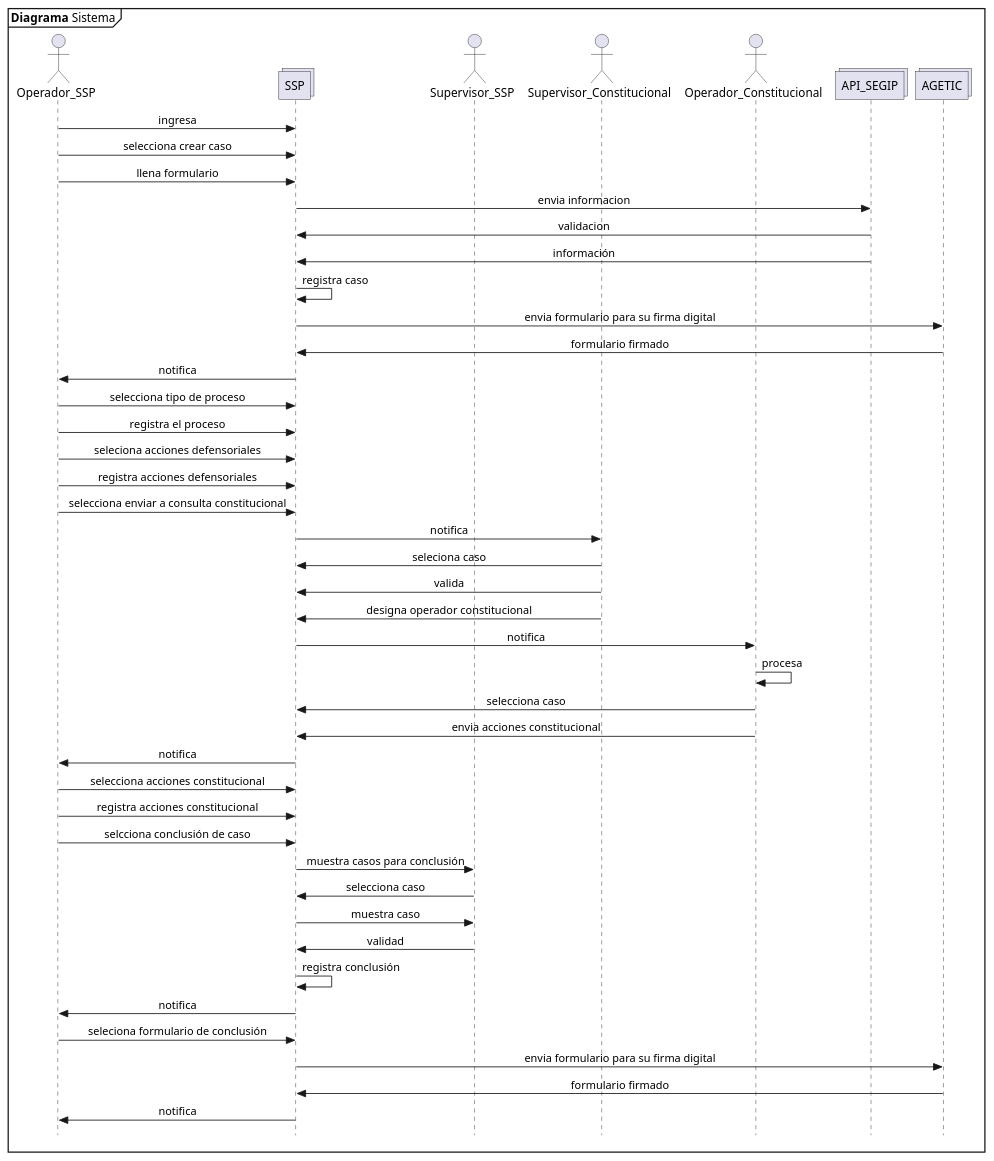
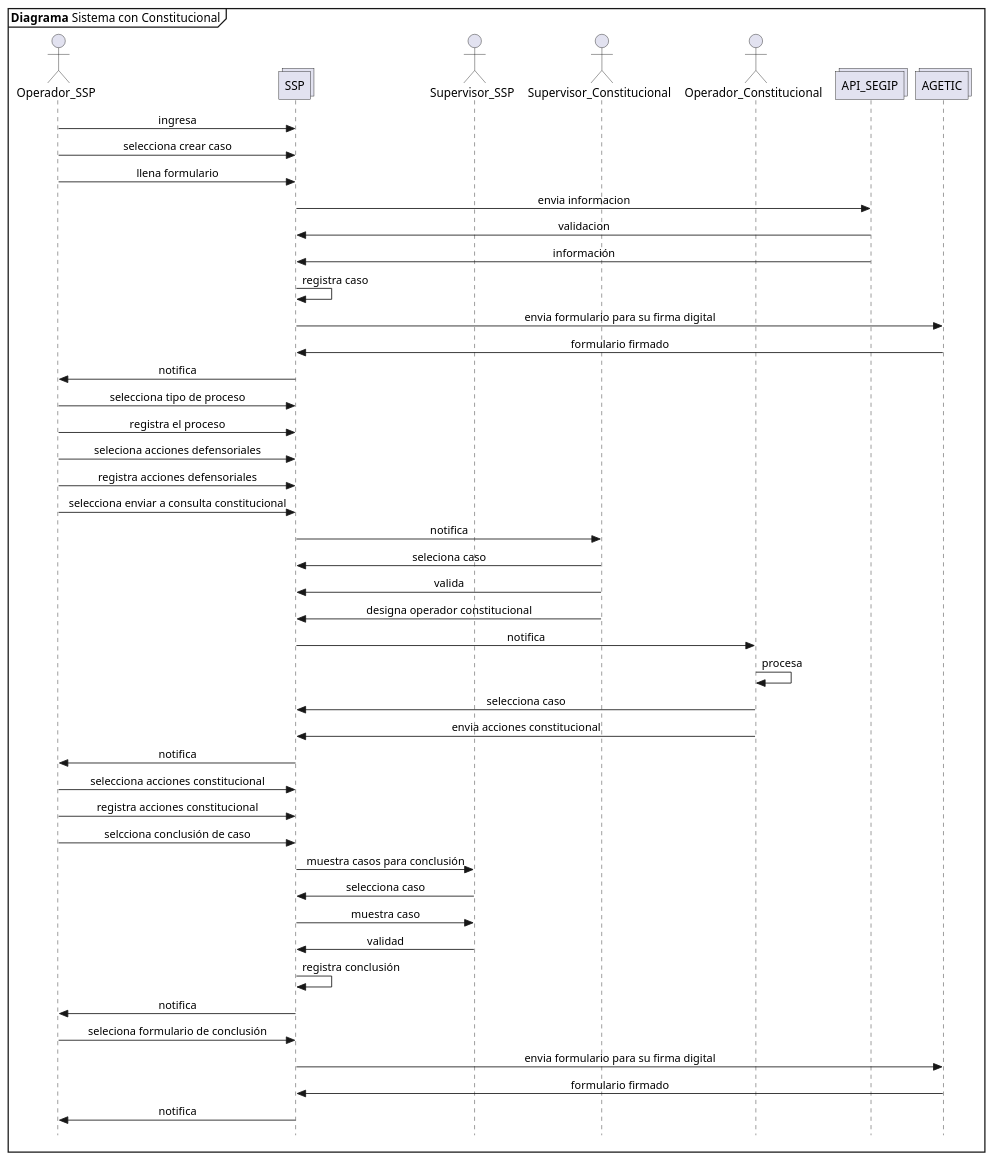
The diagram in propuesta SSP/07 registro de casos con constitucional.plantuml (n1m0d0/defdiag), drawn with PlantUML before and after one commit. The commit also changed 14 other files, not shown here.

Commit message:
cambio de nombres de diagramas

```diff
--- a/propuesta SSP/07 registro de casos con constitucional.plantuml
+++ b/propuesta SSP/07 registro de casos con constitucional.plantuml
@@ -1,53 +1,53 @@
 @startuml Diagrama_Sistema
 skinparam Style strictuml
 skinparam SequenceMessageAlignment center
 
-mainframe **Diagrama** Sistema
+mainframe **Diagrama** Sistema con Constitucional
 
 actor Operador_SSP as opssp
 collections SSP
 actor Supervisor_SSP as supssp
 actor Supervisor_Constitucional as supconsti
 actor Operador_Constitucional as opconsti
 collections API_SEGIP as segip
 collections AGETIC as agetic
 
 opssp->SSP: ingresa
 opssp->SSP: selecciona crear caso
 opssp->SSP: llena formulario
 SSP->segip: envia informacion
 segip->SSP: validacion
 segip->SSP: información
 SSP->SSP: registra caso
 SSP->agetic: envia formulario para su firma digital
 agetic->SSP: formulario firmado 
 SSP->opssp: notifica
 opssp->SSP: selecciona tipo de proceso
 opssp->SSP: registra el proceso
 opssp->SSP: seleciona acciones defensoriales
 opssp->SSP: registra acciones defensoriales
 opssp->SSP: selecciona enviar a consulta constitucional
 SSP->supconsti: notifica
 supconsti->SSP: seleciona caso
 supconsti->SSP: valida
 supconsti->SSP: designa operador constitucional
 SSP->opconsti: notifica
 opconsti->opconsti: procesa
 opconsti->SSP: selecciona caso
 opconsti->SSP: envia acciones constitucional
 SSP->opssp: notifica
 opssp->SSP: selecciona acciones constitucional
 opssp->SSP: registra acciones constitucional
 opssp->SSP: selcciona conclusión de caso
 SSP->supssp: muestra casos para conclusión
 supssp->SSP: selecciona caso
 SSP->supssp: muestra caso
 supssp->SSP: validad
 SSP->SSP: registra conclusión
 SSP->opssp: notifica
 opssp->SSP: seleciona formulario de conclusión
 SSP->agetic: envia formulario para su firma digital
 agetic->SSP: formulario firmado
 SSP->opssp: notifica
 
 @enduml
```
